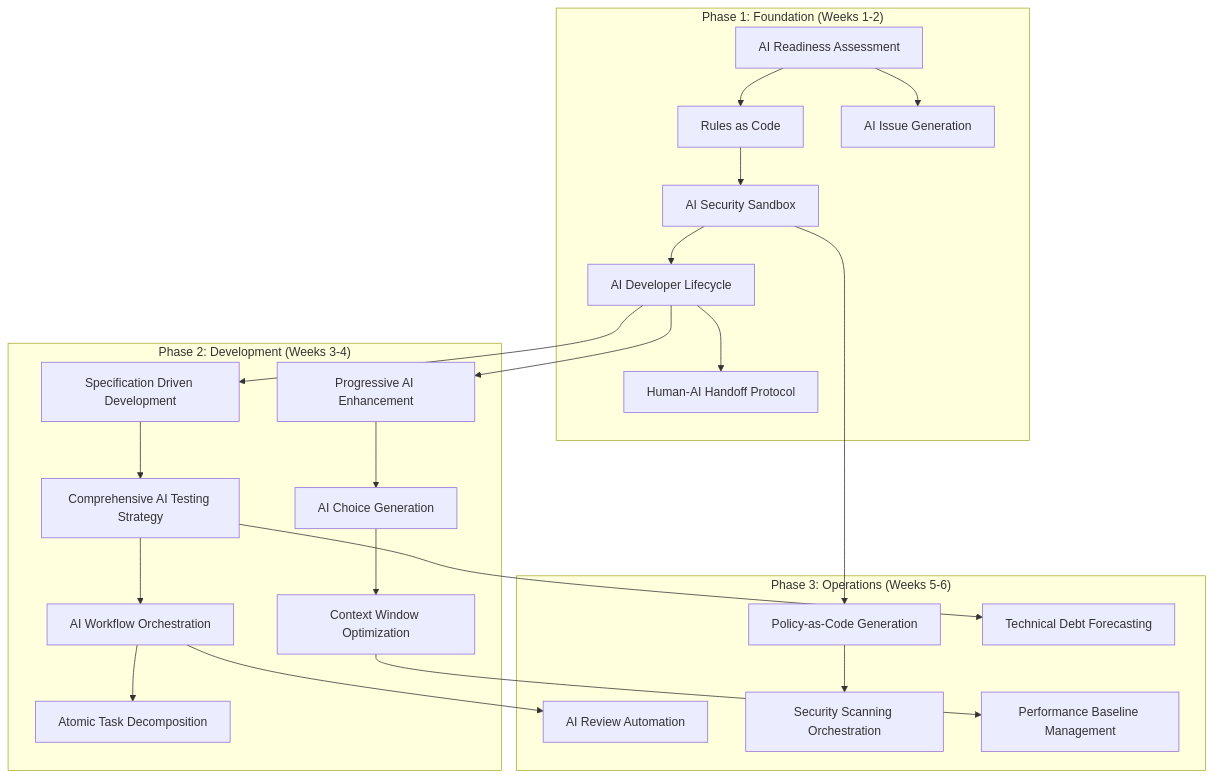
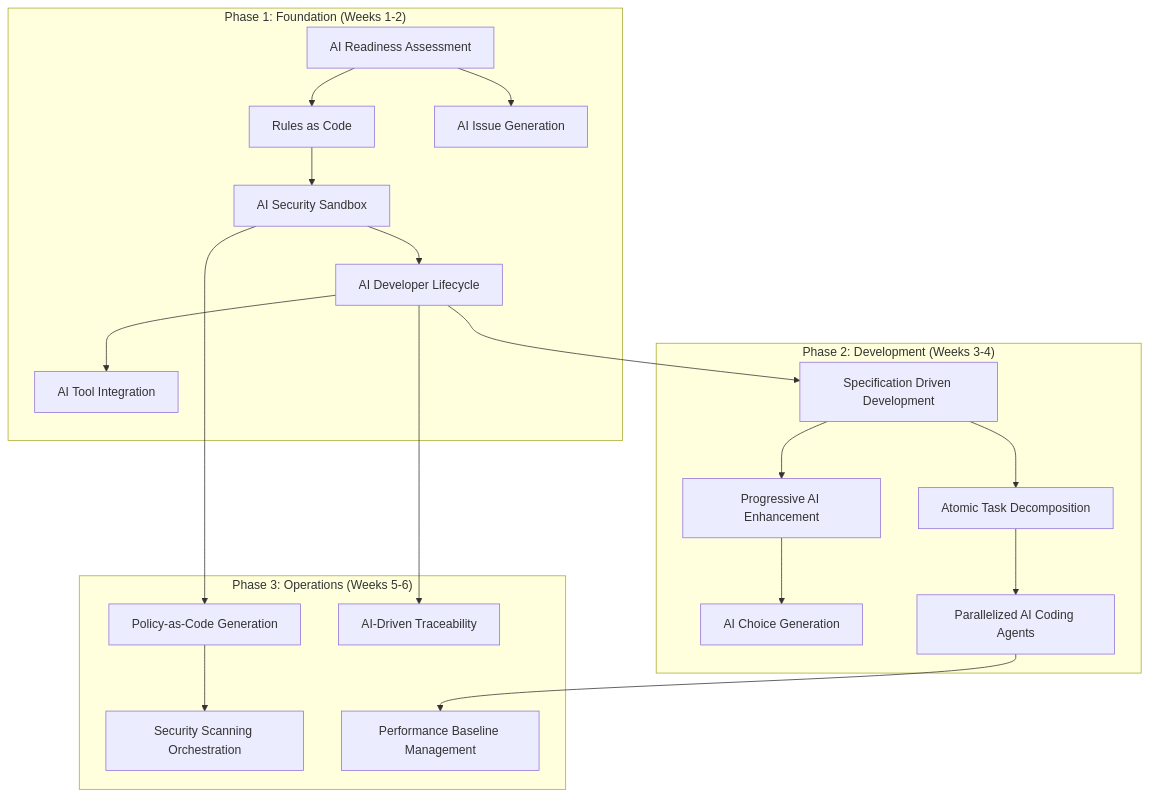
One commit to PaulDuvall/ai-development-patterns changed the first of 10 diagrams in README.md. Above: the diagram before and after it, drawn with Mermaid. The commit also changed other lines of this file and 1 other file, not shown here.

````diff
--- a/README.md
+++ b/README.md
@@ -17,28 +18,25 @@
 ```mermaid
 graph TD
     subgraph "Phase 1: Foundation (Weeks 1-2)"
         A[AI Readiness Assessment] --> B[Rules as Code]
         B --> C[AI Security Sandbox]
         C --> D[AI Developer Lifecycle]
         A --> E[AI Issue Generation]
-        D --> F[Human-AI Handoff Protocol]
+        D --> F[AI Tool Integration]
     end
     
     subgraph "Phase 2: Development (Weeks 3-4)"
         D --> G[Specification Driven Development]
-        G --> H[Comprehensive AI Testing Strategy]
-        D --> I[Progressive AI Enhancement]
-        I --> J[AI Choice Generation]
-        H --> K[AI Workflow Orchestration]
-        K --> L[Atomic Task Decomposition]
-        J --> M[Context Window Optimization]
+        G --> H[Progressive AI Enhancement]
+        H --> I[AI Choice Generation]
+        G --> J[Atomic Task Decomposition]
+        J --> K[Parallelized AI Coding Agents]
     end
     
     subgraph "Phase 3: Operations (Weeks 5-6)"
-        K --> N[AI Review Automation]
-        C --> O[Policy-as-Code Generation]
-        O --> P[Security Scanning Orchestration]
-        M --> Q[Performance Baseline Management]
-        H --> R[Technical Debt Forecasting]
+        C --> L[Policy-as-Code Generation]
+        L --> M[Security Scanning Orchestration]
+        K --> N[Performance Baseline Management]
+        D --> O[AI-Driven Traceability]
     end
 ```
````
